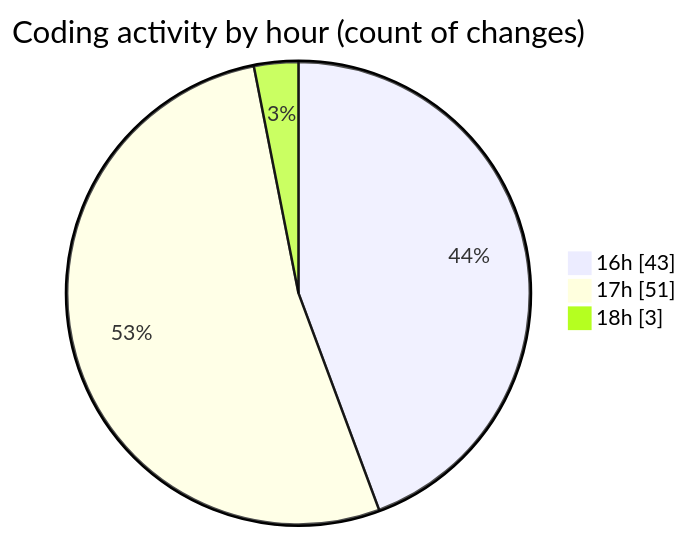
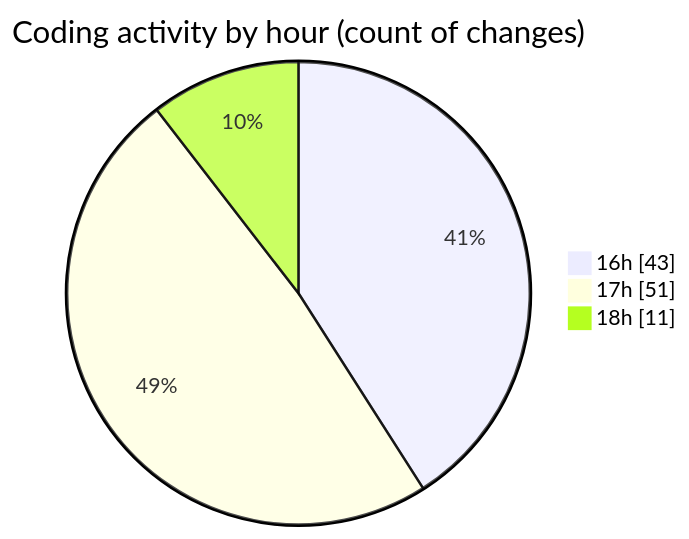
Before and after one commit to momahboobian/code-tracking: the second of 2 diagrams in 2026-11-13/broadcaster-v6-feature/README.md, drawn with Mermaid. The commit also changed other lines of this file and 1 other file, not shown here.

````diff
--- a/2026-11-13/broadcaster-v6-feature/README.md
+++ b/2026-11-13/broadcaster-v6-feature/README.md
@@ -59,7 +62,7 @@
 ```mermaid
 pie showData
 title Coding activity by hour (count of changes)
 "16h" : 43
 "17h" : 51
-"18h" : 3
+"18h" : 11
 ```
````
